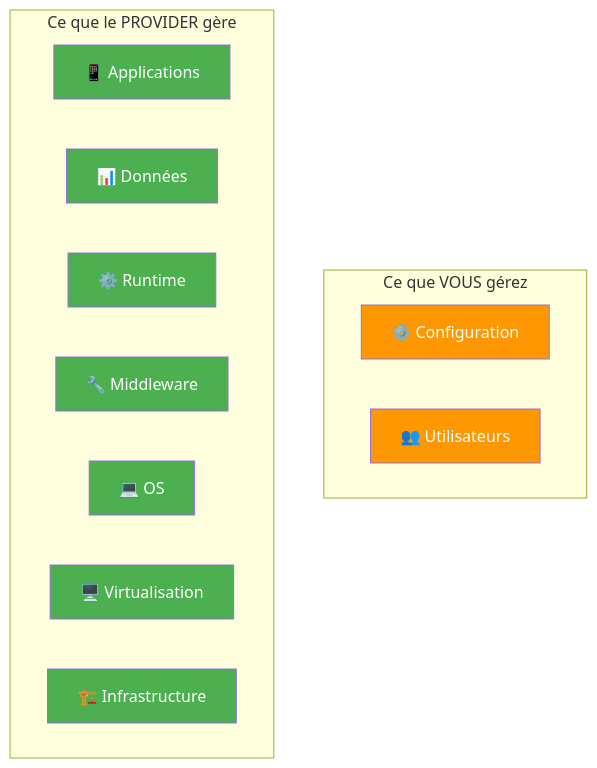
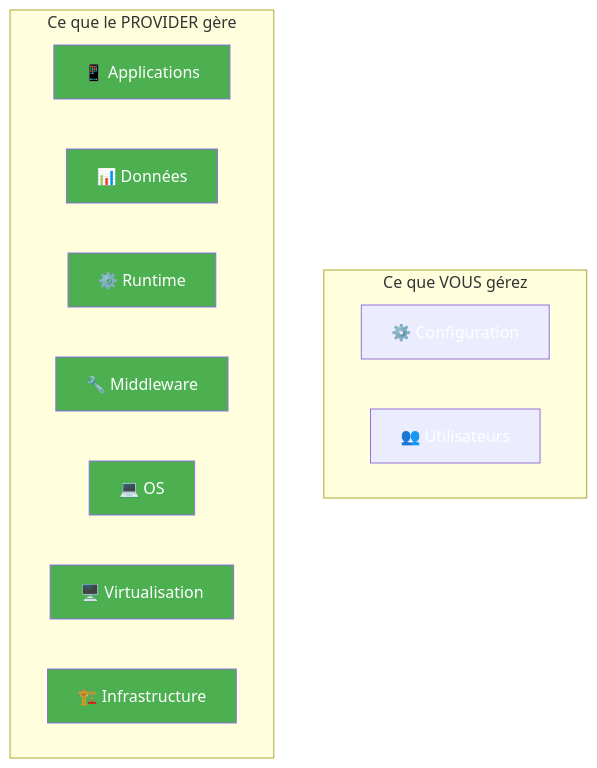
The fourth of 10 diagrams in docs/formations/cloud-fundamentals/02-module.md (VBlackJack/ShellBook), drawn with Mermaid before and after one commit. The commit also changed other lines of this file and 337 other files, not shown here.

First line of the commit message:
refactor(docs): Standardize code blocks and Mermaid colors

````diff
--- a/docs/formations/cloud-fundamentals/02-module.md
+++ b/docs/formations/cloud-fundamentals/02-module.md
@@ -185,27 +185,27 @@
 ```mermaid
 graph TB
     subgraph "Ce que VOUS gérez"
         CONFIG["⚙️ Configuration"]
         USERS["👥 Utilisateurs"]
     end
 
     subgraph "Ce que le PROVIDER gère"
         APP["📱 Applications"]
         DATA["📊 Données"]
         RUNTIME["⚙️ Runtime"]
         MIDDLEWARE["🔧 Middleware"]
         OS["💻 OS"]
         VIRT["🖥️ Virtualisation"]
         INFRA["🏗️ Infrastructure"]
     end
 
-    style CONFIG fill:#ff9800,color:#fff
-    style USERS fill:#ff9800,color:#fff
+    style CONFIG fill:#FF9800800800,color:#fff
+    style USERS fill:#FF9800800800,color:#fff
     style APP fill:#4caf50,color:#fff
     style DATA fill:#4caf50,color:#fff
     style RUNTIME fill:#4caf50,color:#fff
     style MIDDLEWARE fill:#4caf50,color:#fff
     style OS fill:#4caf50,color:#fff
     style VIRT fill:#4caf50,color:#fff
     style INFRA fill:#4caf50,color:#fff
 ```
````
